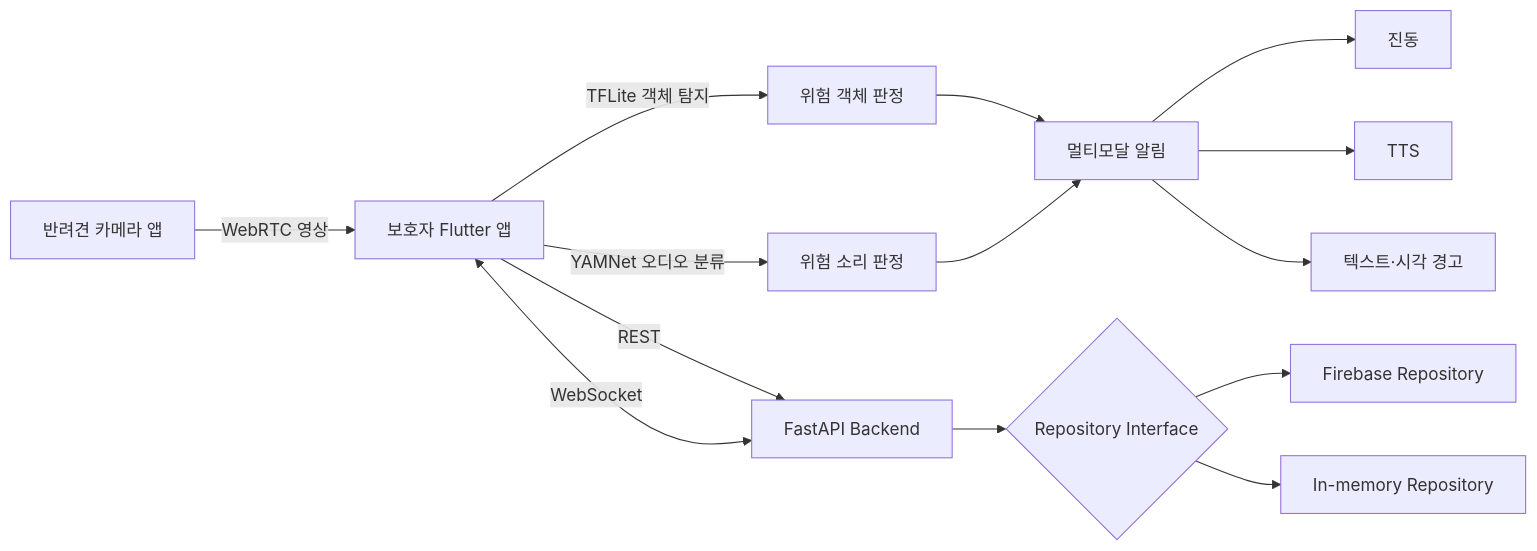
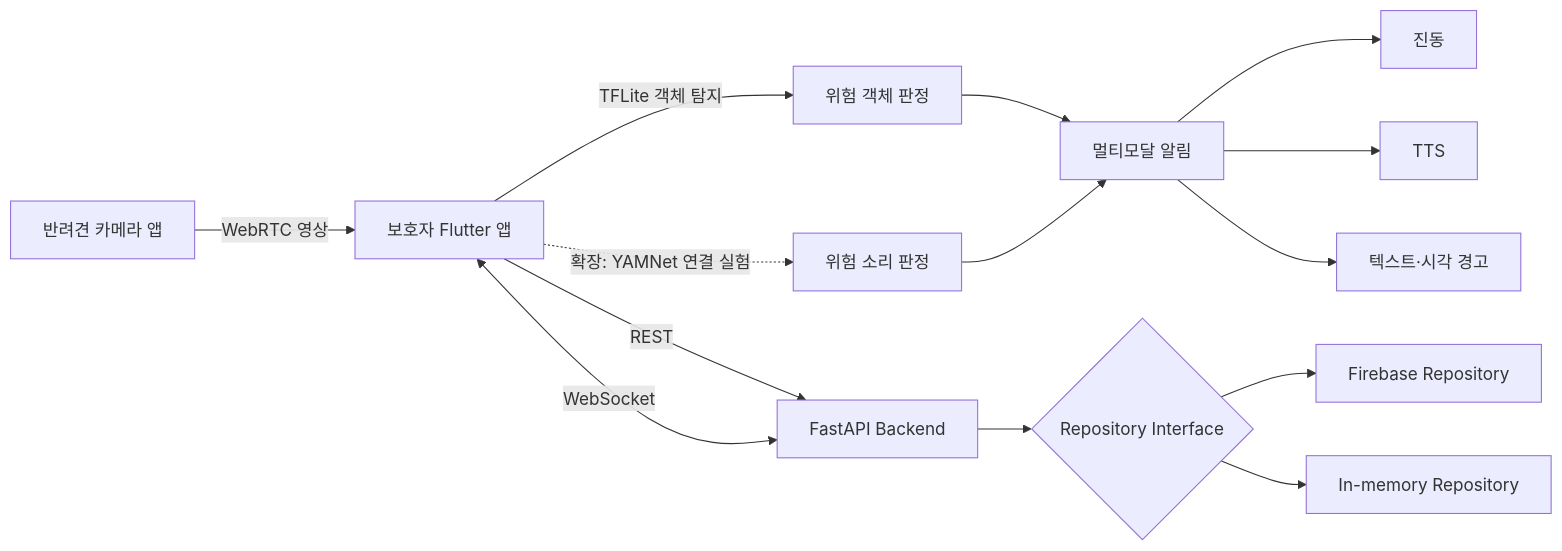
The diagram in ARCHITECTURE.md (LG-TogeDog-Project/togedog-docs), drawn with Mermaid before and after one commit. The commit also changed other lines of this file and 3 other files, not shown here.

````diff
--- a/ARCHITECTURE.md
+++ b/ARCHITECTURE.md
@@ -5,16 +5,16 @@
 ```mermaid
 flowchart LR
     C[반려견 카메라 앱] -->|WebRTC 영상| M[보호자 Flutter 앱]
     M -->|TFLite 객체 탐지| D[위험 객체 판정]
-    M -->|YAMNet 오디오 분류| S[위험 소리 판정]
+    M -.->|확장: YAMNet 연결 실험| S[위험 소리 판정]
     D --> N[멀티모달 알림]
     S --> N
     N --> V[진동]
     N --> T[TTS]
     N --> X[텍스트·시각 경고]
     M -->|REST| B[FastAPI Backend]
     M <-->|WebSocket| B
     B --> R{Repository Interface}
     R --> F[Firebase Repository]
     R --> I[In-memory Repository]
 ```
````
